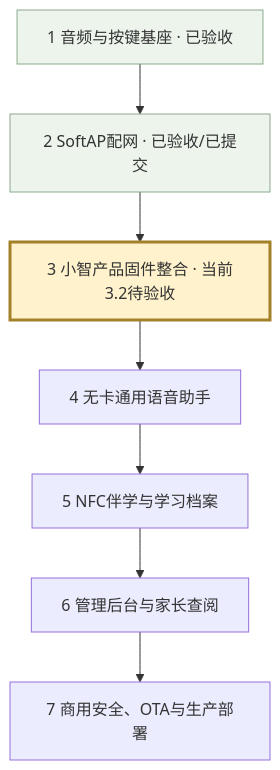
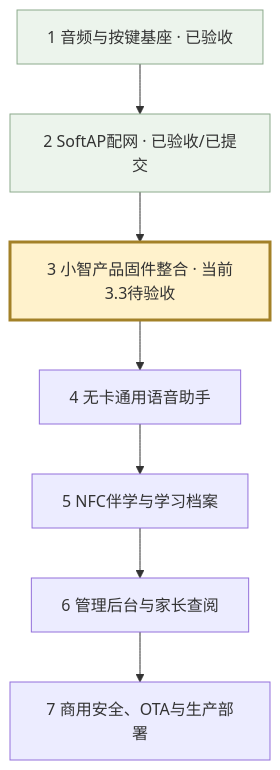
The diagram in stubuddy/firmware/speaker-selftest/DEVELOPMENT-ROADMAP.md (helper15901590/stubuddy), drawn with Mermaid before and after one commit. The commit also changed other lines of this file and 19 other files, not shown here.

````diff
--- a/stubuddy/firmware/speaker-selftest/DEVELOPMENT-ROADMAP.md
+++ b/stubuddy/firmware/speaker-selftest/DEVELOPMENT-ROADMAP.md
@@ -7,12 +7,12 @@
 ```mermaid
 flowchart TB
   A["1 音频与按键基座 · 已验收"] --> B["2 SoftAP配网 · 已验收/已提交"]
-  B --> C["3 小智产品固件整合 · 当前3.2待验收"]
+  B --> C["3 小智产品固件整合 · 当前3.3待验收"]
   C --> D["4 无卡通用语音助手"]
   D --> E["5 NFC伴学与学习档案"]
   E --> F["6 管理后台与家长查阅"]
   F --> G["7 商用安全、OTA与生产部署"]
   style A fill:#ecf4ec,stroke:#8caa8c
   style B fill:#ecf4ec,stroke:#8caa8c
   style C fill:#fff2cc,stroke:#a38128,stroke-width:3px
 ```
````
